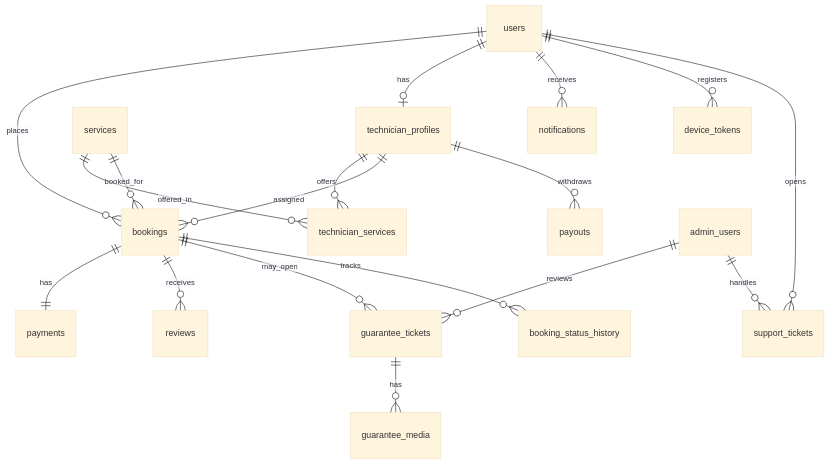
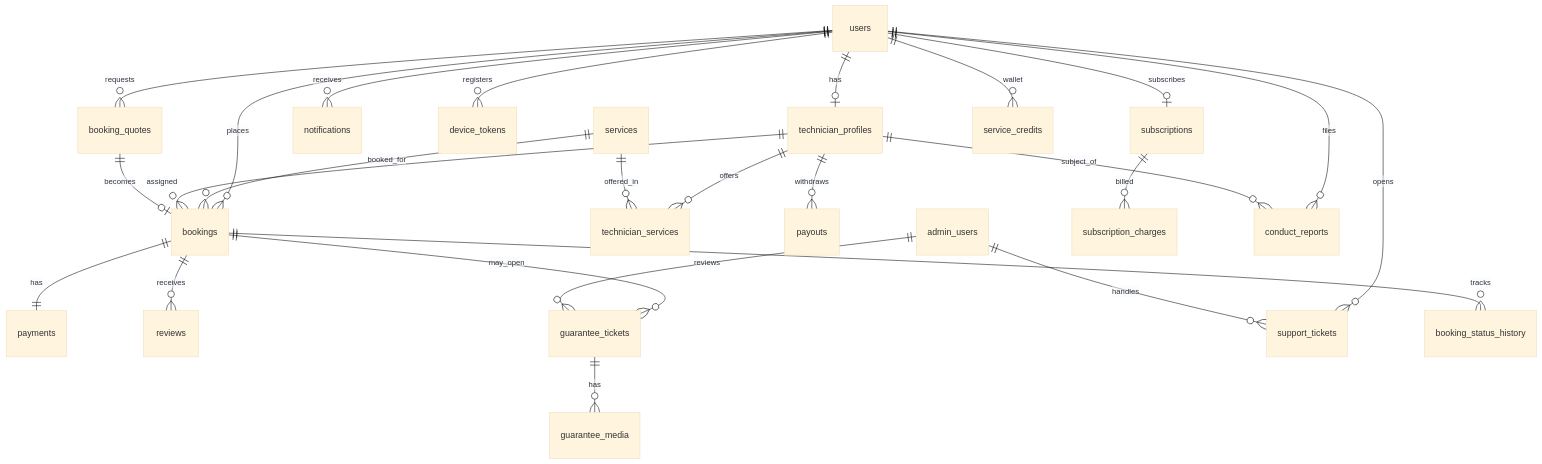
Before and after one commit to ahmadmabrook/fixly: the fourth of 16 diagrams in FIXLY_SYSTEM_DESIGN.md, drawn with Mermaid (base theme). The commit also changed other lines of this file and 38 other files, not shown here.

First line of the commit message:
feat: v15 business features — quotes, subscriptions, service credits, conduct reports, trust score

````diff
--- a/FIXLY_SYSTEM_DESIGN.md
+++ b/FIXLY_SYSTEM_DESIGN.md
@@ -135,20 +209,27 @@
 ```mermaid
 erDiagram
     users ||--o{ bookings : places
     users ||--o| technician_profiles : has
     technician_profiles ||--o{ technician_services : offers
     services ||--o{ technician_services : offered_in
     services ||--o{ bookings : booked_for
     technician_profiles ||--o{ bookings : assigned
     bookings ||--|| payments : has
     bookings ||--o{ reviews : receives
     bookings ||--o{ guarantee_tickets : may_open
     guarantee_tickets ||--o{ guarantee_media : has
     technician_profiles ||--o{ payouts : withdraws
     users ||--o{ notifications : receives
     users ||--o{ device_tokens : registers
     users ||--o{ support_tickets : opens
     admin_users ||--o{ guarantee_tickets : reviews
     admin_users ||--o{ support_tickets : handles
     bookings ||--o{ booking_status_history : tracks
+    users ||--o| subscriptions : subscribes
+    subscriptions ||--o{ subscription_charges : billed
+    users ||--o{ booking_quotes : requests
+    booking_quotes ||--o| bookings : becomes
+    users ||--o{ service_credits : wallet
+    users ||--o{ conduct_reports : files
+    technician_profiles ||--o{ conduct_reports : subject_of
 ```
````
